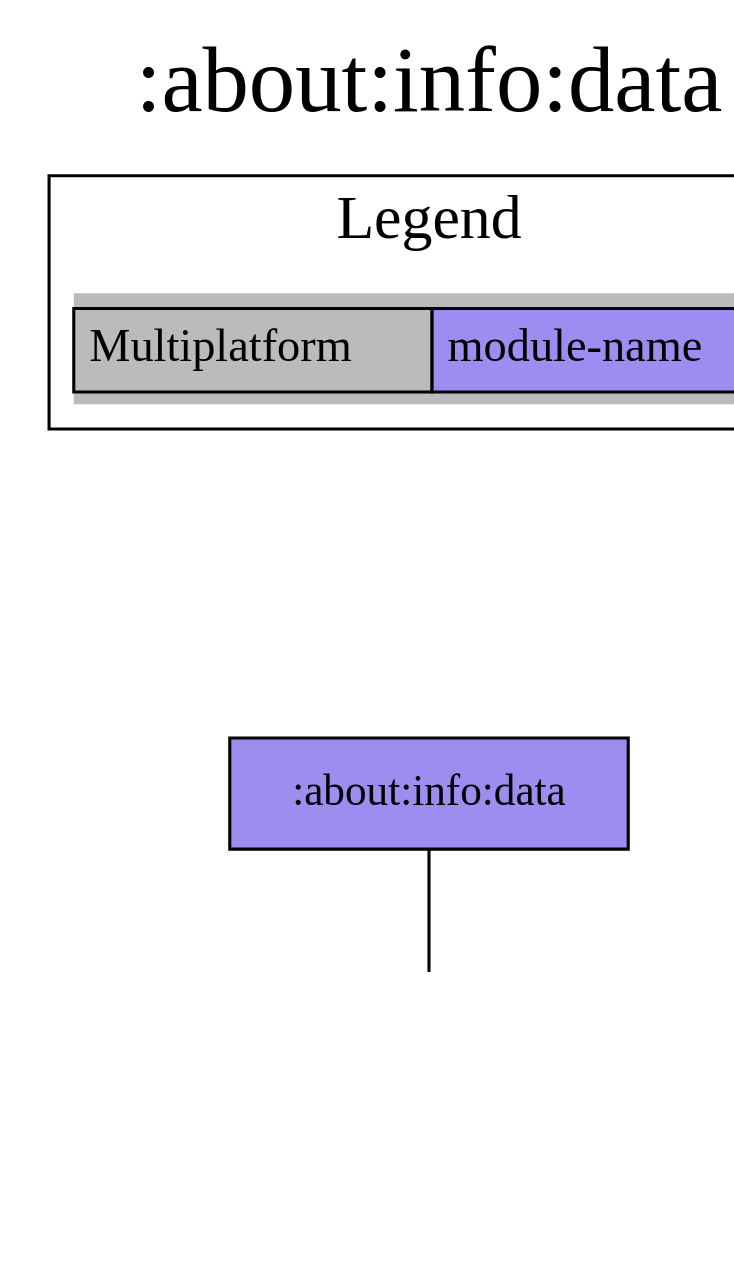
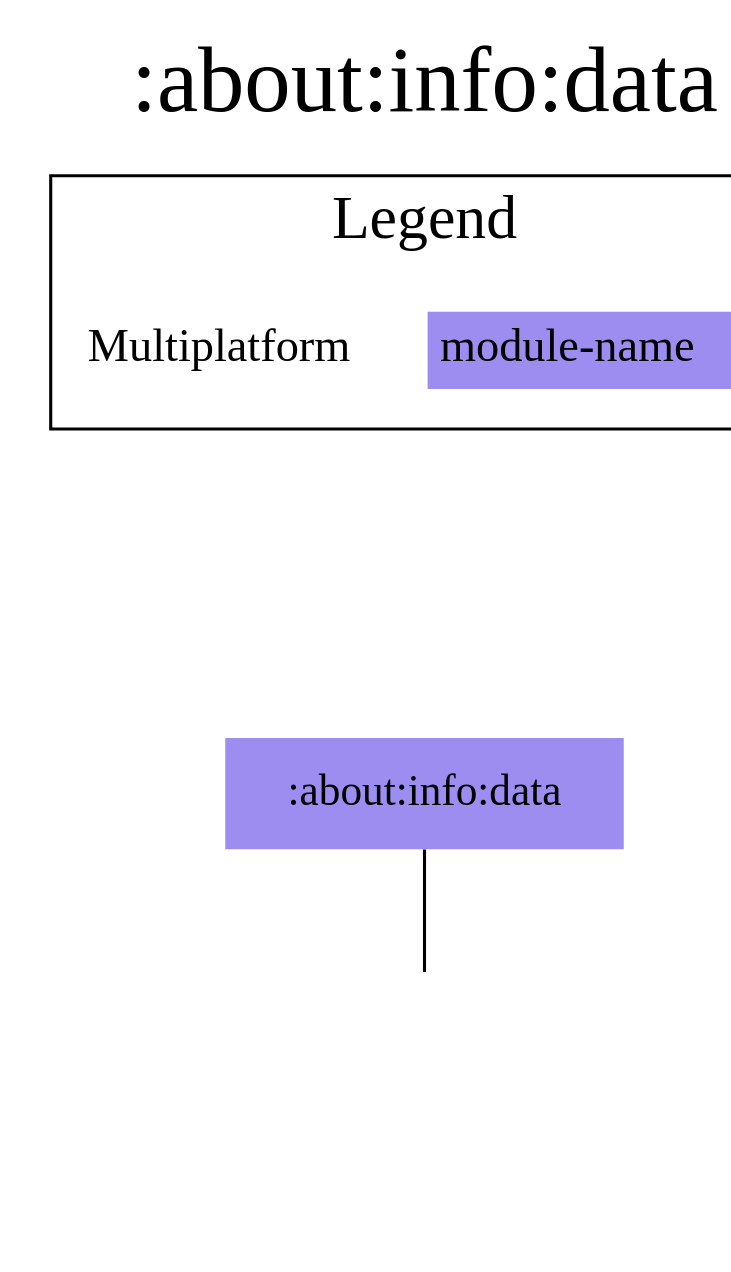
The diagram in modules/about/info/data/project-dependency-graph.dot (jonapoul/aktual), drawn with Graphviz before and after one commit. The commit also changed 62 other files, not shown here.

Commit message:
Reworked diagrams plugin a bit

```diff
--- a/modules/about/info/data/project-dependency-graph.dot
+++ b/modules/about/info/data/project-dependency-graph.dot
@@ -1,21 +1,21 @@
 digraph {
 edge ["dir"="forward"]
 graph ["dpi"="100","label"=":about:info:data","labelloc"="t","fontsize"="30","ranksep"="1.5","rankdir"="TB"]
 node ["style"="filled"]
-":about:info:data" ["fillcolor"="#9D8DF1","shape"="box"]
-":api:github" ["fillcolor"="#9D8DF1","shape"="box"]
+":about:info:data" ["fillcolor"="#9D8DF1","shape"="none"]
+":api:github" ["fillcolor"="#9D8DF1","shape"="none"]
 {
 edge ["dir"="none"]
 graph ["rank"="same"]
 }
 ":about:info:data" -> ":api:github"
 subgraph "cluster_legend" {
 edge ["dir"="none"]
 graph ["label"="Legend","fontsize"="20"]
-"Legend" ["style"="filled","fillcolor"="#bbbbbb","shape"="none","margin"="0","fontsize"="15","label"=<
-<TABLE BORDER="0" CELLBORDER="1" CELLSPACING="0" CELLPADDING="4">
+"Legend" ["style"="filled","fillcolor"="#FFFFFF","shape"="none","margin"="0","fontsize"="15","label"=<
+<TABLE BORDER="0" CELLBORDER="0" CELLSPACING="0" CELLPADDING="4">
 <TR><TD>Multiplatform</TD><TD BGCOLOR="#9D8DF1">module-name</TD></TR>
 </TABLE>
 >]
 } -> ":about:info:data" ["style"="invis"]
 }
```
